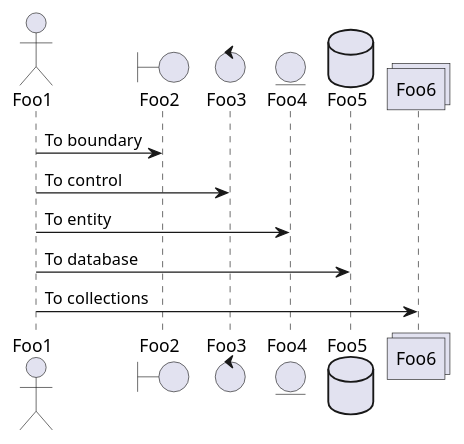
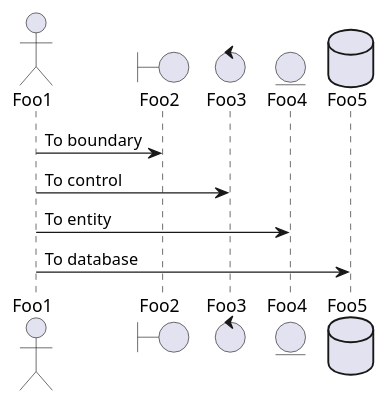
Before and after one commit to gmevelec/test-generate-plantuml: the diagram in sample.md, drawn with PlantUML.

Commit message:
Test update file

````diff
--- a/sample.md
+++ b/sample.md
@@ -3,15 +3,13 @@
 ```plantuml:fichier-de-test
 @startuml
 actor Foo1
 boundary Foo2
 control Foo3
 entity Foo4
 database Foo5
-collections Foo6
 Foo1 -> Foo2 : To boundary
 Foo1 -> Foo3 : To control
 Foo1 -> Foo4 : To entity
 Foo1 -> Foo5 : To database
-Foo1 -> Foo6 : To collections
 @enduml
 ```
````
